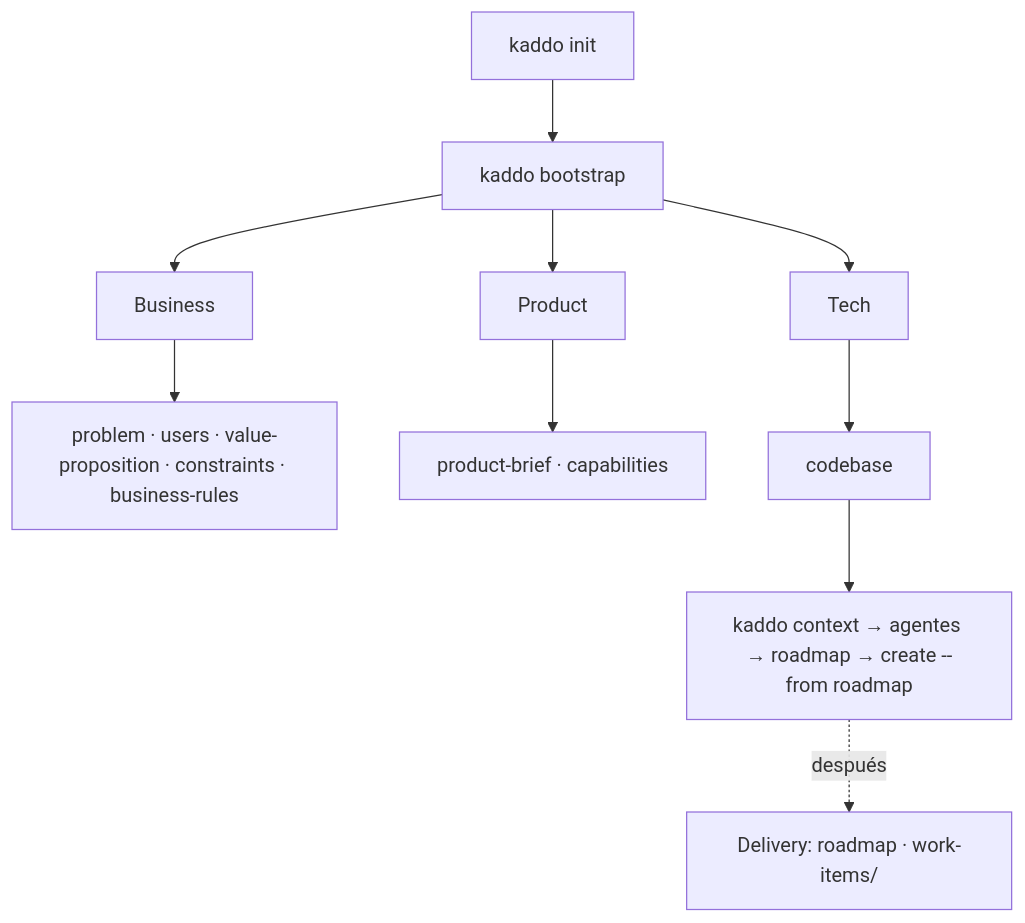
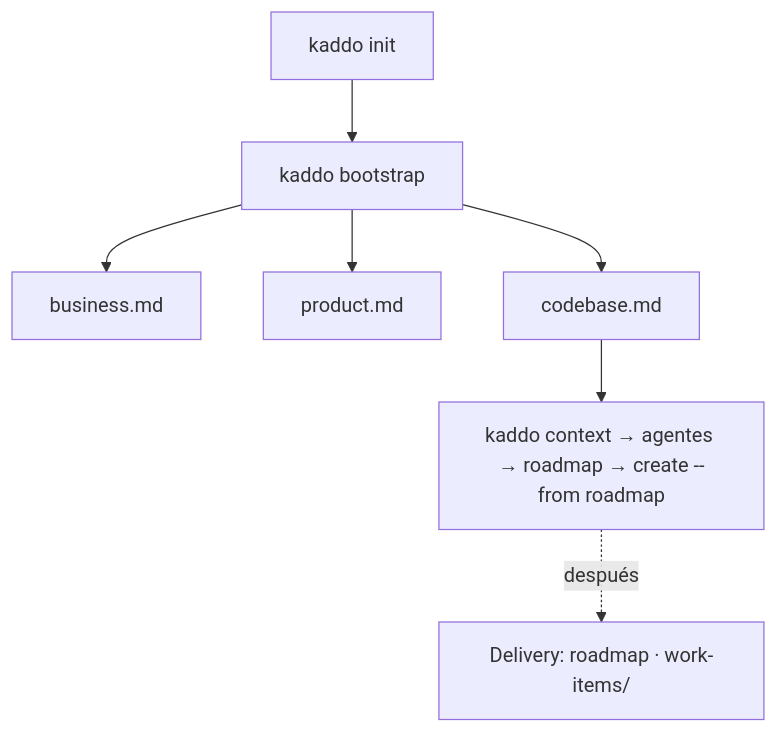
Before and after one commit to Kaddo-kdd/kaddo: the diagram in apps/docs/src/content/docs/es/commands/bootstrap.md, drawn with Mermaid. The commit also changed other lines of this file and 6 other files, not shown here.

````diff
--- a/apps/docs/src/content/docs/es/commands/bootstrap.md
+++ b/apps/docs/src/content/docs/es/commands/bootstrap.md
@@ -26,12 +26,9 @@
 ```mermaid
 flowchart TD
     A[kaddo init] --> B[kaddo bootstrap]
-    B --> C[Business]
-    C --> C1[problem · users · value-proposition · constraints · business-rules]
-    B --> D[Product]
-    D --> D1[product-brief · capabilities]
-    B --> E[Tech]
-    E --> E1[codebase]
-    E1 --> G[kaddo context → agentes → roadmap → create --from roadmap]
+    B --> C[business.md]
+    B --> D[product.md]
+    B --> E[codebase.md]
+    E --> G[kaddo context → agentes → roadmap → create --from roadmap]
     G -.después.-> H[Delivery: roadmap · work-items/]
 ```
````
